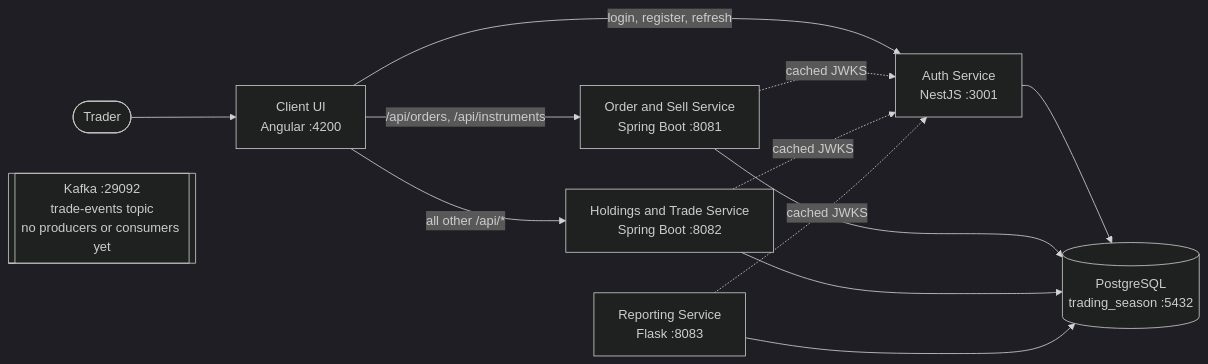
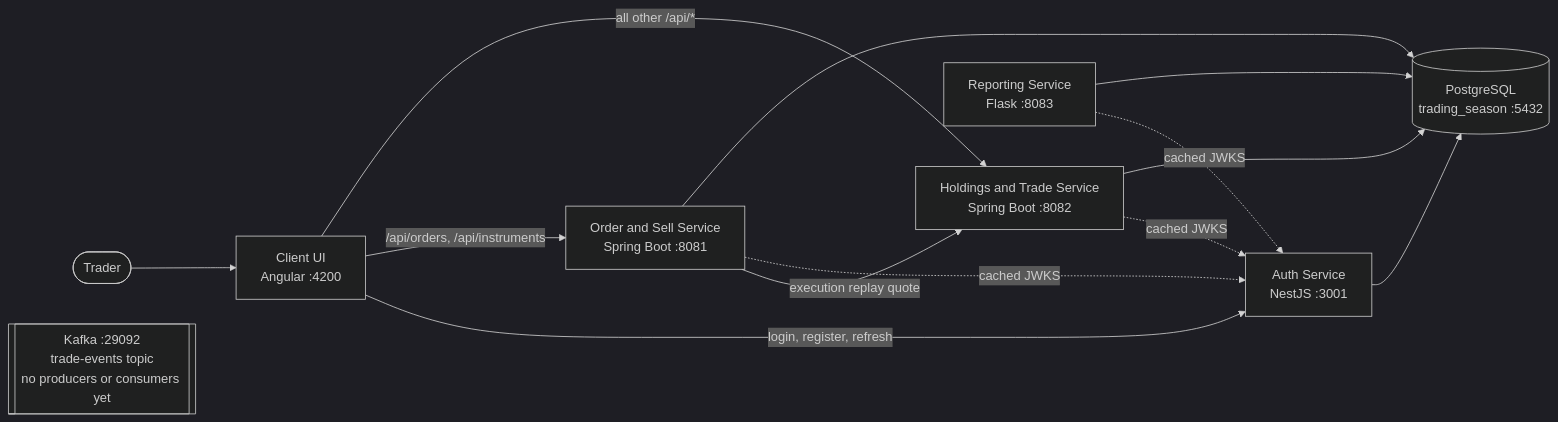
Before and after one commit to seankcheema/trading-season: the first of 5 diagrams in README.md, drawn with Mermaid (dark theme). The commit also changed other lines of this file and 87 other files, not shown here.

````diff
--- a/README.md
+++ b/README.md
@@ -20,18 +20,19 @@
 ```mermaid
 flowchart LR
     Trader([Trader]) --> UI["Client UI<br/>Angular :4200"]
     UI -- "login, register, refresh" --> Auth["Auth Service<br/>NestJS :3001"]
     UI -- "/api/orders, /api/instruments" --> OS["Order and Sell Service<br/>Spring Boot :8081"]
     UI -- "all other /api/*" --> HT["Holdings and Trade Service<br/>Spring Boot :8082"]
 
+    OS -- "execution replay quote" --> HT
     OS -. "cached JWKS" .-> Auth
     HT -. "cached JWKS" .-> Auth
     RS["Reporting Service<br/>Flask :8083"] -. "cached JWKS" .-> Auth
 
     Auth --> DB[("PostgreSQL<br/>trading_season :5432")]
     OS --> DB
     HT --> DB
     RS --> DB
 
     Kafka[["Kafka :29092<br/>trade-events topic<br/>no producers or consumers yet"]]
 ```
````
